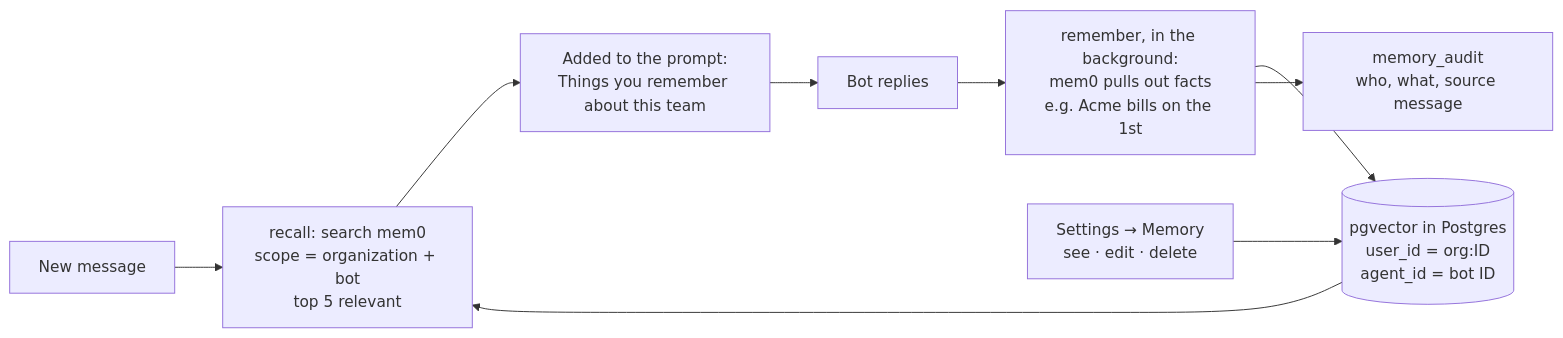
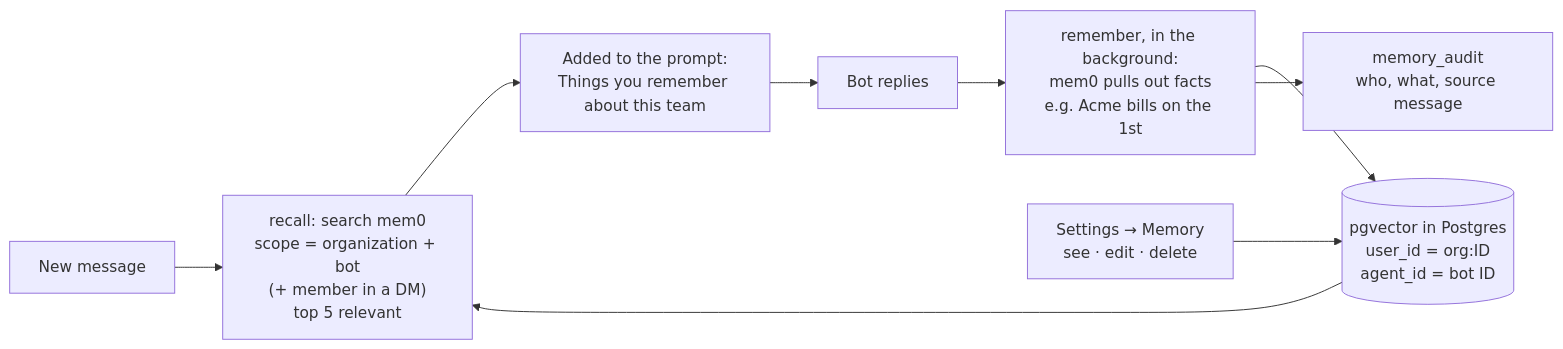
One commit to alihassan-coder/botdesk changed the diagram in docs/architecture/diagrams/12-memory.mmd. Above: the diagram before and after it, drawn with Mermaid. The commit also changed 23 other files, not shown here.

Commit message:
docs: align architecture docs and diagrams with ADRs 0004-0006, mark high-level.md as partly historical

```diff
--- a/docs/architecture/diagrams/12-memory.mmd
+++ b/docs/architecture/diagrams/12-memory.mmd
@@ -1,9 +1,9 @@
 flowchart LR
-  MSG["New message"] --> RECALL["recall: search mem0<br/>scope = organization + bot<br/>top 5 relevant"]
+  MSG["New message"] --> RECALL["recall: search mem0<br/>scope = organization + bot<br/>(+ member in a DM)<br/>top 5 relevant"]
   RECALL --> PROMPT["Added to the prompt:<br/>Things you remember about this team"]
   PROMPT --> REPLY["Bot replies"]
   REPLY --> REM["remember, in the background:<br/>mem0 pulls out facts<br/>e.g. Acme bills on the 1st"]
   REM --> STORE[("pgvector in Postgres<br/>user_id = org:ID<br/>agent_id = bot ID")]
   STORE --> RECALL
   REM --> AUDIT["memory_audit<br/>who, what, source message"]
   UI["Settings → Memory<br/>see · edit · delete"] --> STORE
```
